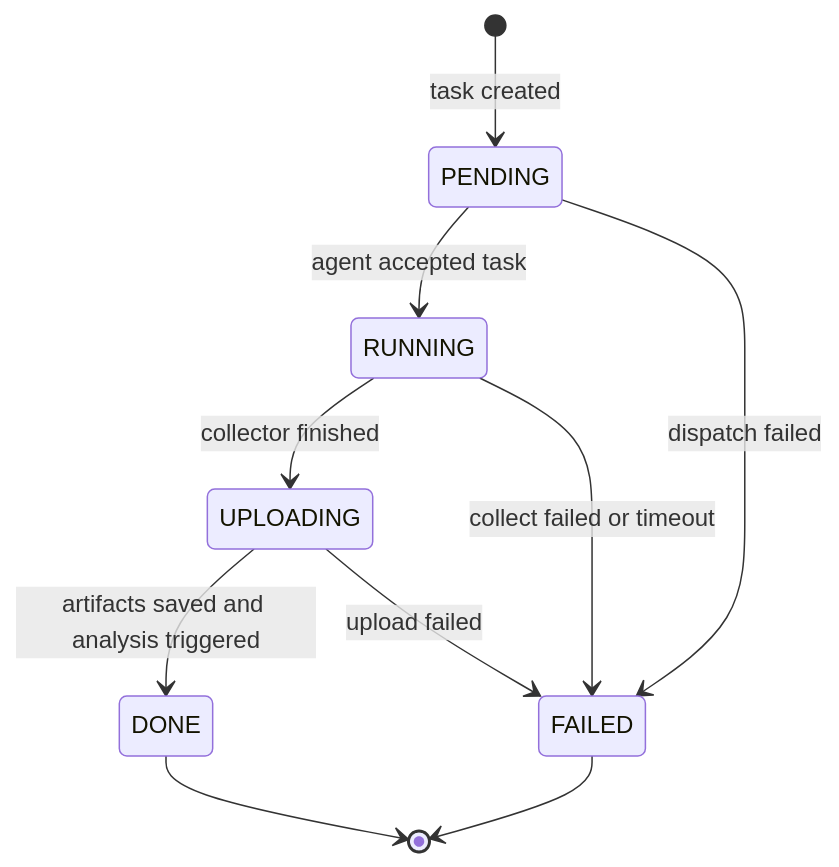
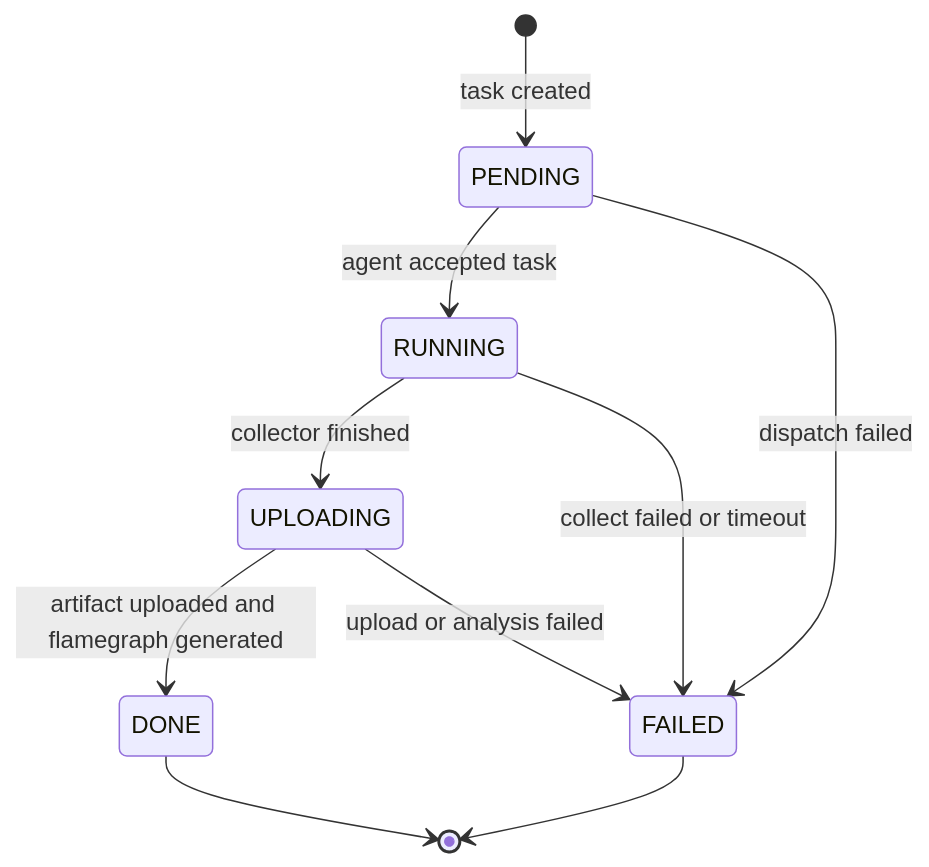
One commit to rojim666/Mini-Drop changed the first of 2 diagrams in docs/design/03-state-machines-and-observability.md. Above: the diagram before and after it, drawn with Mermaid. The commit also changed other lines of this file and 6 other files, not shown here.

````diff
--- a/docs/design/03-state-machines-and-observability.md
+++ b/docs/design/03-state-machines-and-observability.md
@@ -11,12 +14,12 @@
 ```mermaid
 stateDiagram-v2
     [*] --> PENDING: task created
     PENDING --> RUNNING: agent accepted task
     RUNNING --> UPLOADING: collector finished
-    UPLOADING --> DONE: artifacts saved and analysis triggered
+    UPLOADING --> DONE: artifact uploaded and flamegraph generated
     PENDING --> FAILED: dispatch failed
     RUNNING --> FAILED: collect failed or timeout
-    UPLOADING --> FAILED: upload failed
+    UPLOADING --> FAILED: upload or analysis failed
     DONE --> [*]
     FAILED --> [*]
 ```
````
